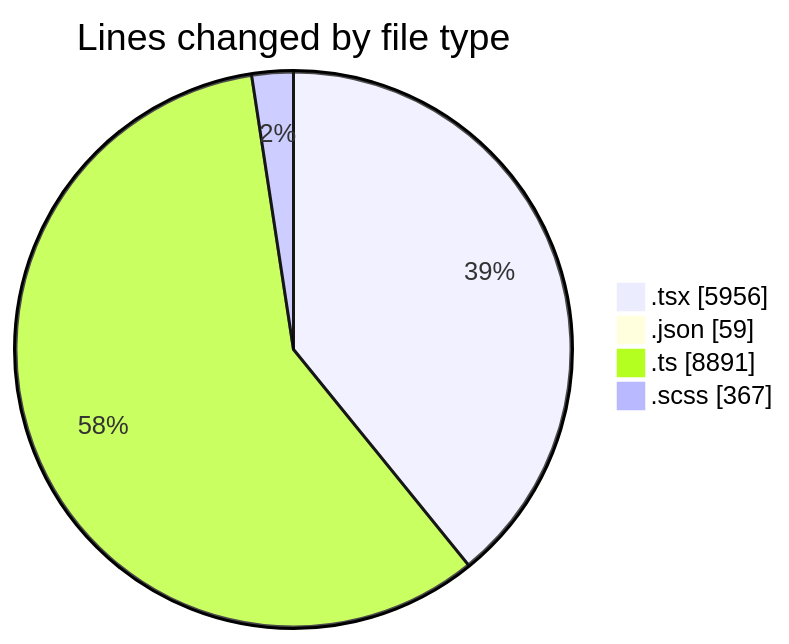
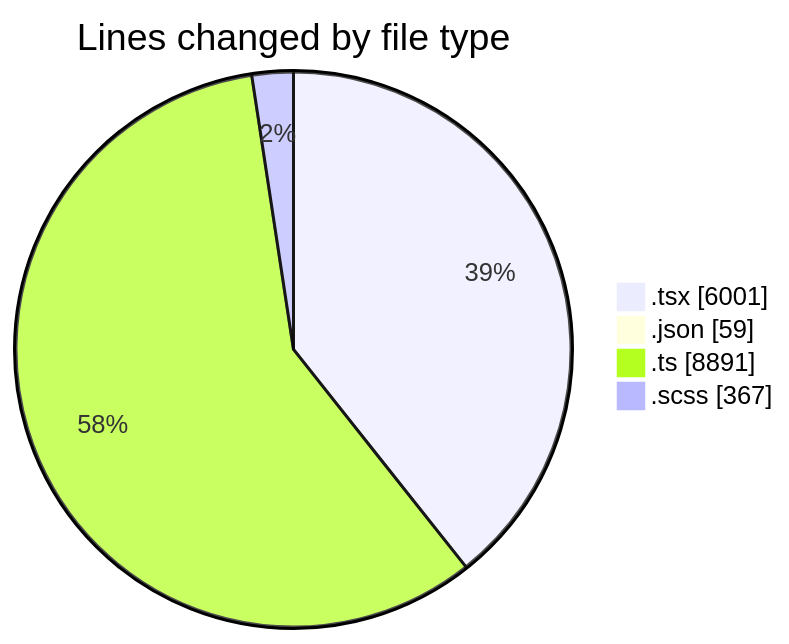
One commit to momahboobian/code-tracking changed the first of 2 diagrams in 2025-11-24/cda/README.md. Above: the diagram before and after it, drawn with Mermaid. The commit also changed other lines of this file and 1 other file, not shown here.

````diff
--- a/2025-11-24/cda/README.md
+++ b/2025-11-24/cda/README.md
@@ -38,8 +38,8 @@
 ```mermaid
 pie showData
 title Lines changed by file type
-".tsx" : 5956
+".tsx" : 6001
 ".json" : 59
 ".ts" : 8891
 ".scss" : 367
 ```
````
